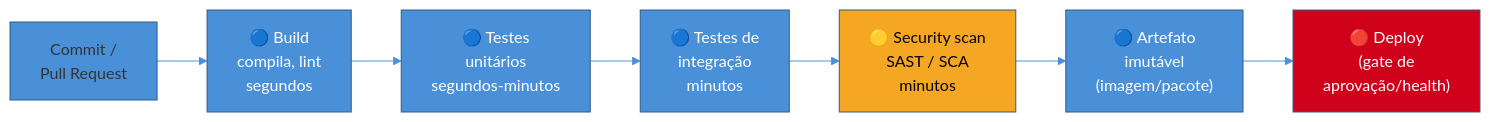
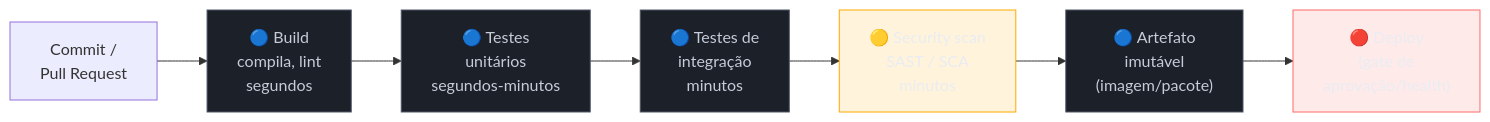
The second of 3 diagrams in 03-Dominios/Engenharia/Operação/2 - Entrega e release/01 - Pipeline de CI-CD como decisão de design.md (josenaldo/codex-technomanticus), drawn with Mermaid before and after one commit. The commit also changed other lines of this file and 1181 other files, not shown here.

First line of the commit message:
fix(diagramas): paleta do sistema no lugar de cor cravada no markdown

````diff
--- a/03-Dominios/Engenharia/Operação/2 - Entrega e release/01 - Pipeline de CI-CD como decisão de design.md
+++ b/03-Dominios/Engenharia/Operação/2 - Entrega e release/01 - Pipeline de CI-CD como decisão de design.md
@@ -62,17 +61,19 @@
 ```mermaid
-%%{init: {"theme": "base", "themeVariables": {"primaryColor": "#4A90D9", "primaryBorderColor": "#2E5C8A", "lineColor": "#4A90D9"}}}%%
 graph LR
+    classDef neutro fill:#1B2029,stroke:#4E5666,color:#C6CCD8
+    classDef destaque fill:#FFAA0024,stroke:#FFAA00,color:#E9ECF2
+    classDef falha fill:#FF6B6B24,stroke:#FF6B6B,color:#E9ECF2
     COMMIT["Commit /<br/>Pull Request"] --> BUILD["🔵 Build<br/>compila, lint<br/>segundos"]
     BUILD --> UNIT["🔵 Testes<br/>unitários<br/>segundos-minutos"]
     UNIT --> INTEG["🔵 Testes de<br/>integração<br/>minutos"]
     INTEG --> SCAN["🟡 Security scan<br/>SAST / SCA<br/>minutos"]
     SCAN --> ART["🔵 Artefato<br/>imutável<br/>(imagem/pacote)"]
     ART --> DEPLOY["🔴 Deploy<br/>(gate de<br/>aprovação/health)"]
 
-    style BUILD fill:#4A90D9,color:#fff
-    style UNIT fill:#4A90D9,color:#fff
-    style INTEG fill:#4A90D9,color:#fff
-    style SCAN fill:#F5A623,color:#000
-    style ART fill:#4A90D9,color:#fff
-    style DEPLOY fill:#D0021B,color:#fff
+    class BUILD neutro
+    class UNIT neutro
+    class INTEG neutro
+    class SCAN destaque
+    class ART neutro
+    class DEPLOY falha
 ```
````
